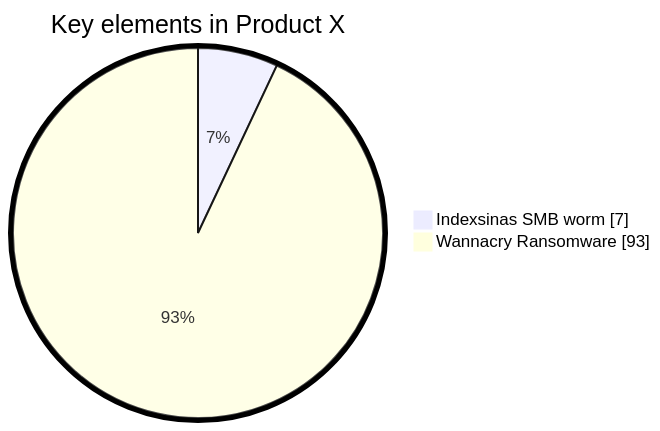
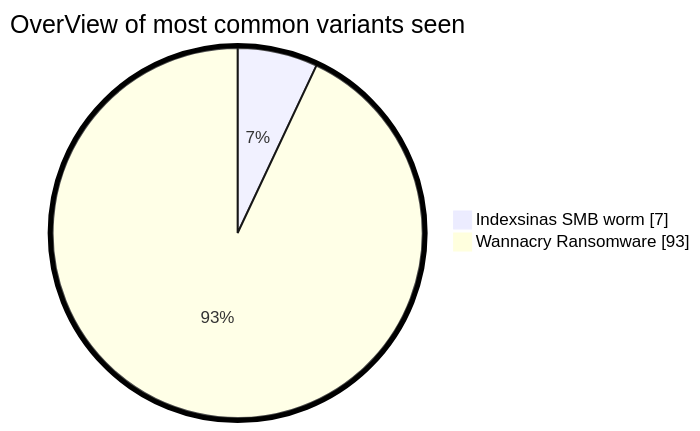
The diagram in README.md (tonyx774/HoneyPot-Analysis), drawn with Mermaid before and after one commit.

````diff
--- a/README.md
+++ b/README.md
@@ -3,8 +3,8 @@
 ```mermaid
  %%{init: {"pie": {"textPosition": 0.5}, "themeVariables": {"pieOuterStrokeWidth": "5px"}} }%%
 pie showData
-    title Key elements in Product X
+    title OverView of most common variants seen
     "Indexsinas SMB worm" : 7
     "Wannacry Ransomware" : 93
 
 ```
````
